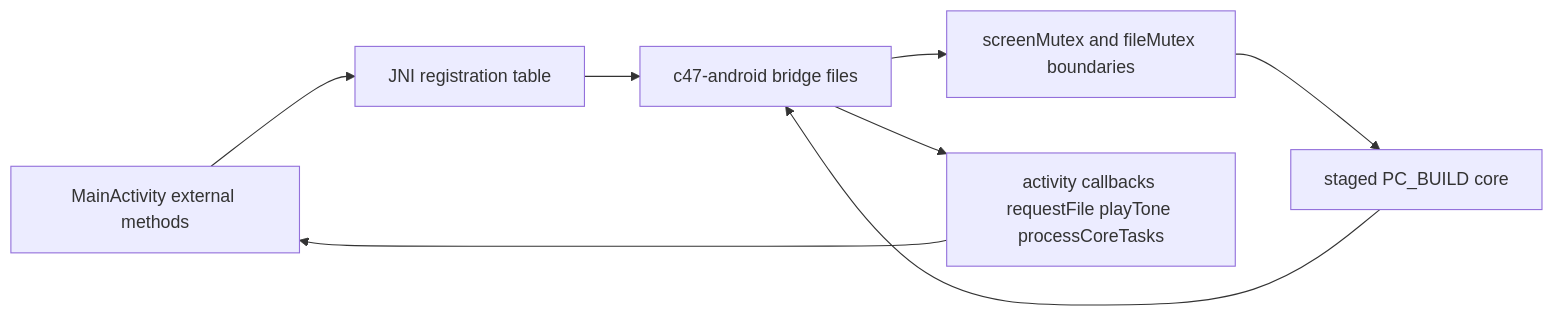
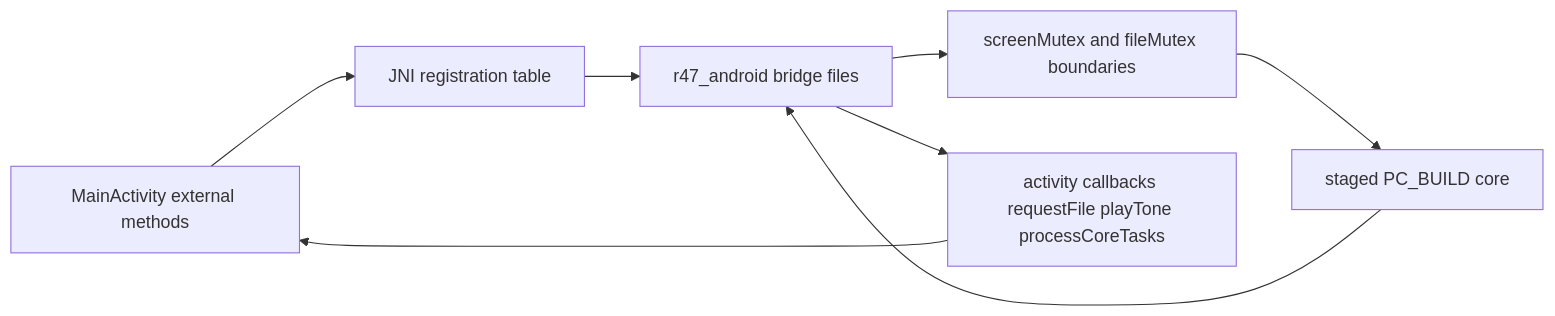
One commit to ppigazzini/r47zen changed the diagram in android/docs/dev/30-native-core-and-jni.md. Above: the diagram before and after it, drawn with Mermaid. The commit also changed other lines of this file and 38 other files, not shown here.

````diff
--- a/android/docs/dev/30-native-core-and-jni.md
+++ b/android/docs/dev/30-native-core-and-jni.md
@@ -12,12 +12,12 @@
 ```mermaid
 flowchart LR
   A[MainActivity external methods]
   B[JNI registration table]
-  C[c47-android bridge files]
+  C[r47_android bridge files]
   D[screenMutex and fileMutex boundaries]
   E[staged PC_BUILD core]
   F[activity callbacks requestFile playTone processCoreTasks]
 
   A --> B --> C --> D --> E
   E --> C --> F --> A
 ```
````
